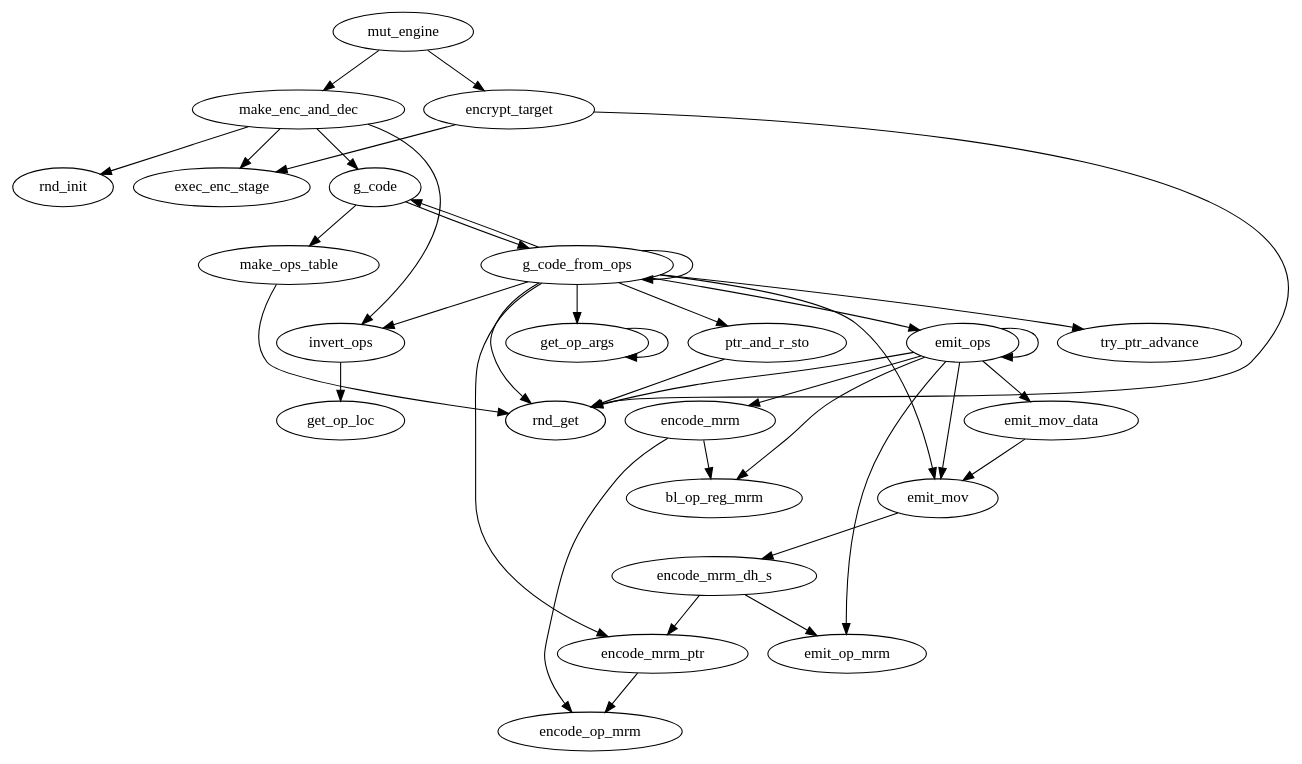
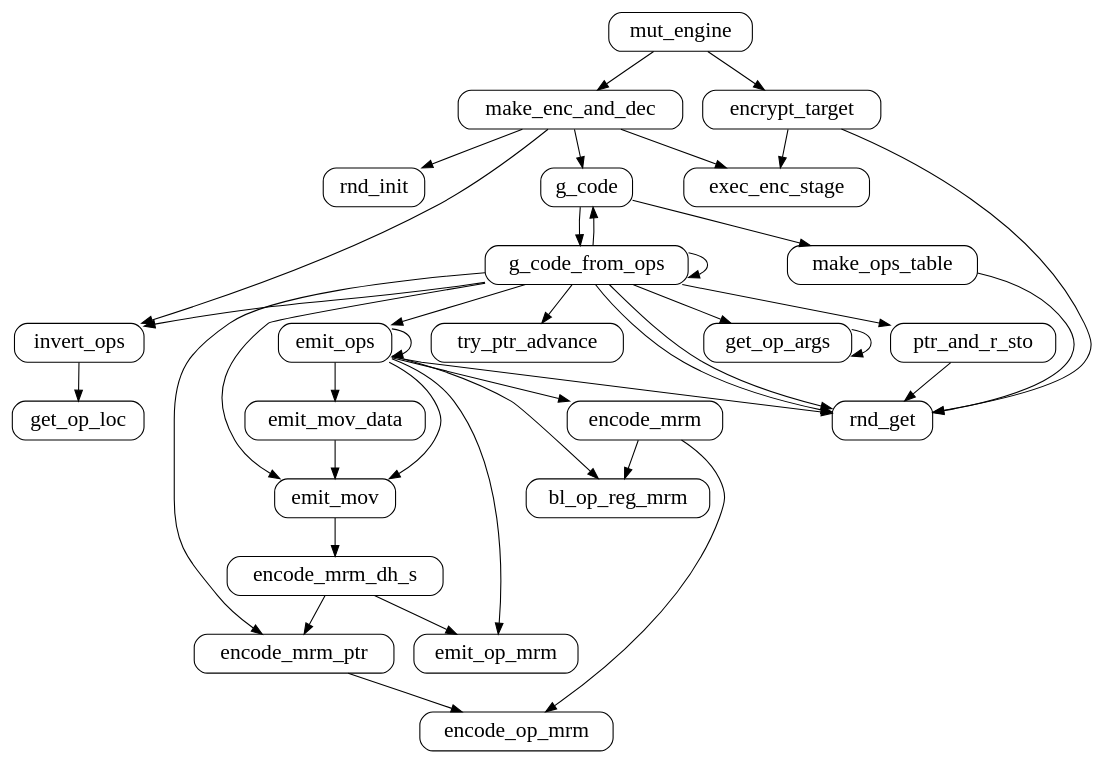
The diagram in scratch/cg.dot (bnjf/mte64), drawn with Graphviz before and after one commit. The commit also changed 5 other files, not shown here.

```diff
--- a/scratch/cg.dot
+++ b/scratch/cg.dot
@@ -1,46 +1,59 @@
+digraph mte {
+    //node [shape=box];
+    node [
+        margin=0.1
+        fontcolor=black 
+        fontsize=20 
+        height=0
+        width=0 
+        shape=box 
+        style=rounded]
 
-digraph mte {
-    ordering=out;
+    //ordering=in;
+    //ordering=out;
     splines=true;
-    
     
     mut_engine -> {make_enc_and_dec encrypt_target}
     
-    make_enc_and_dec -> {rnd_init exec_enc_stage g_code invert_ops}
-    encrypt_target -> {exec_enc_stage rnd_get}
+    make_enc_and_dec -> {exec_enc_stage g_code invert_ops}
+    encrypt_target -> {exec_enc_stage}
     
-    make_ops_table -> {rnd_get}
+    make_ops_table 
     
     encode_mrm -> {encode_op_mrm bl_op_reg_mrm}
     encode_mrm_ptr -> encode_op_mrm
     
     encode_mrm_dh_s -> {encode_mrm_ptr emit_op_mrm}
     
     bl_op_reg_mrm
     
     encode_op_mrm
     
     get_op_loc
     
     invert_ops -> get_op_loc
     
     g_code -> {make_ops_table g_code_from_ops}
     
     g_code_from_ops -> {get_op_args ptr_and_r_sto emit_mov emit_ops 
-      rnd_get encode_mrm_ptr invert_ops try_ptr_advance g_code_from_ops
+      encode_mrm_ptr invert_ops try_ptr_advance g_code_from_ops
       emit_mov g_code rnd_get}
     
     try_ptr_advance
     
     get_op_args -> get_op_args
     
     ptr_and_r_sto -> rnd_get
     
-    emit_ops -> {emit_ops emit_mov_data bl_op_reg_mrm rnd_get emit_mov
+    emit_ops -> {emit_ops emit_mov_data bl_op_reg_mrm emit_mov
       emit_ops emit_mov_data encode_mrm emit_op_mrm bl_op_reg_mrm}
       
     emit_mov_data -> emit_mov
     
     emit_mov -> encode_mrm_dh_s
-    
+
+    rnd_get 
+    {make_ops_table encrypt_target g_code_from_ops emit_ops} -> rnd_get
+    rnd_init
+    make_enc_and_dec -> rnd_init
 }
```
